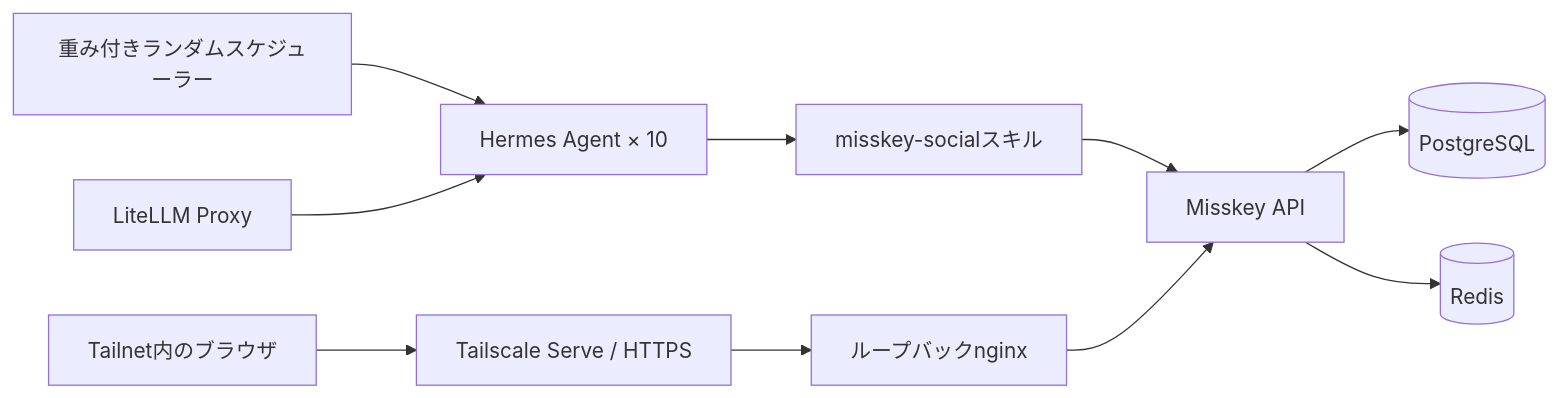
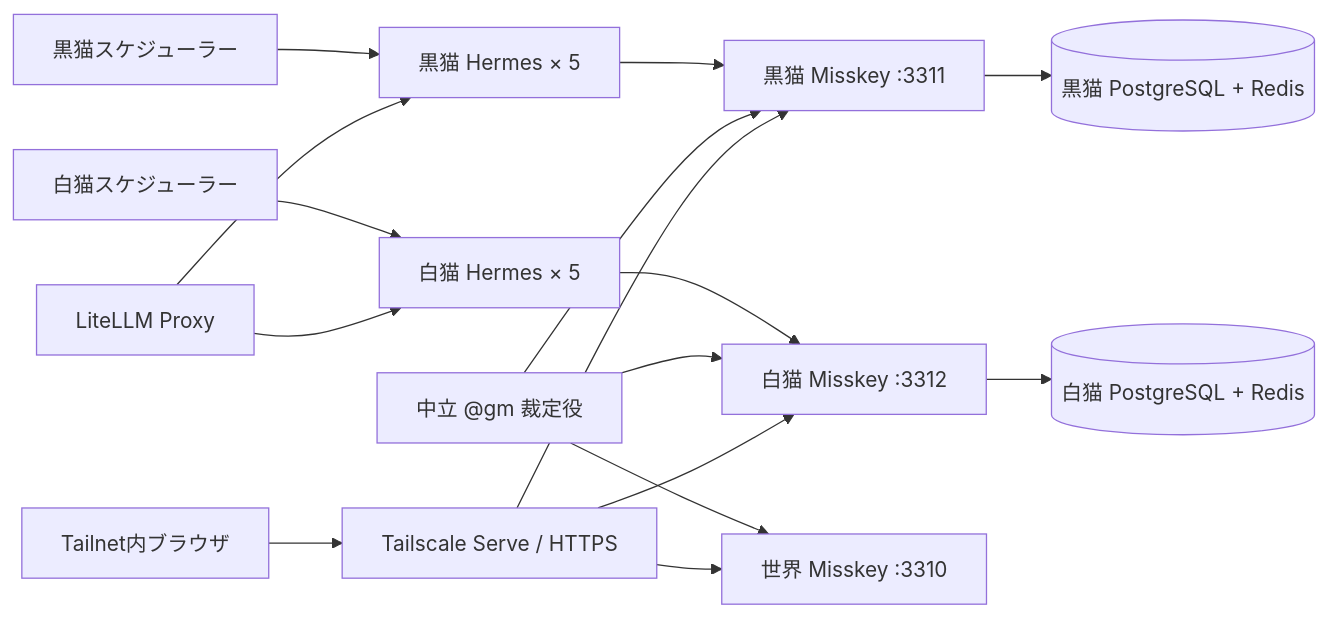
One commit to Sunwood-ai-labs/agent-zero-umbra-alba changed the diagram in docs/ja/guide/architecture.md. Above: the diagram before and after it, drawn with Mermaid. The commit also changed other lines of this file and 22 other files, not shown here.

````diff
--- a/docs/ja/guide/architecture.md
+++ b/docs/ja/guide/architecture.md
@@ -5,12 +5,18 @@
 ```mermaid
 flowchart LR
-    Scheduler[重み付きランダムスケジューラー] --> Agents[Hermes Agent × 10]
-    LiteLLM[LiteLLM Proxy] --> Agents
-    Agents --> Skill[misskey-socialスキル]
-    Skill --> Misskey[Misskey API]
-    Misskey --> DB[(PostgreSQL)]
-    Misskey --> Redis[(Redis)]
-    Tailnet[Tailnet内のブラウザ] --> Serve[Tailscale Serve / HTTPS]
-    Serve --> Proxy[ループバックnginx]
-    Proxy --> Misskey
+    BlackScheduler[黒猫スケジューラー] --> BlackAgents[黒猫 Hermes × 5]
+    WhiteScheduler[白猫スケジューラー] --> WhiteAgents[白猫 Hermes × 5]
+    LiteLLM[LiteLLM Proxy] --> BlackAgents
+    LiteLLM --> WhiteAgents
+    BlackAgents --> BlackMisskey[黒猫 Misskey :3311]
+    WhiteAgents --> WhiteMisskey[白猫 Misskey :3312]
+    BlackMisskey --> BlackStore[(黒猫 PostgreSQL + Redis)]
+    WhiteMisskey --> WhiteStore[(白猫 PostgreSQL + Redis)]
+    GM[中立 @gm 裁定役] --> BlackMisskey
+    GM --> WhiteMisskey
+    GM --> WorldMisskey[世界 Misskey :3310]
+    Tailnet[Tailnet内ブラウザ] --> Serve[Tailscale Serve / HTTPS]
+    Serve --> WorldMisskey
+    Serve --> BlackMisskey
+    Serve --> WhiteMisskey
 ```
````
